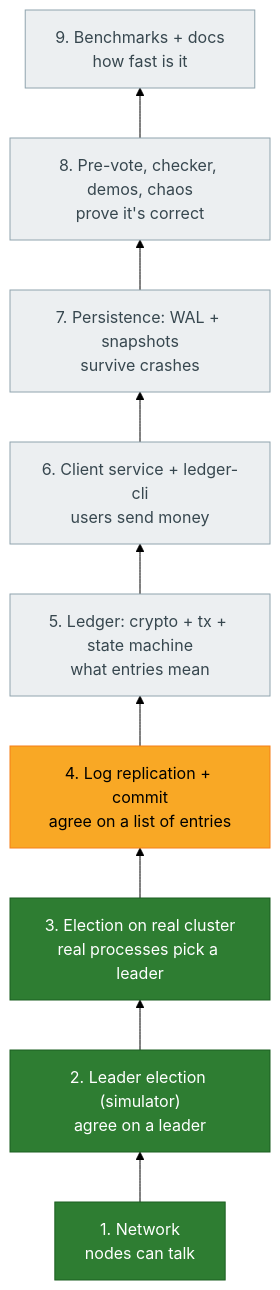
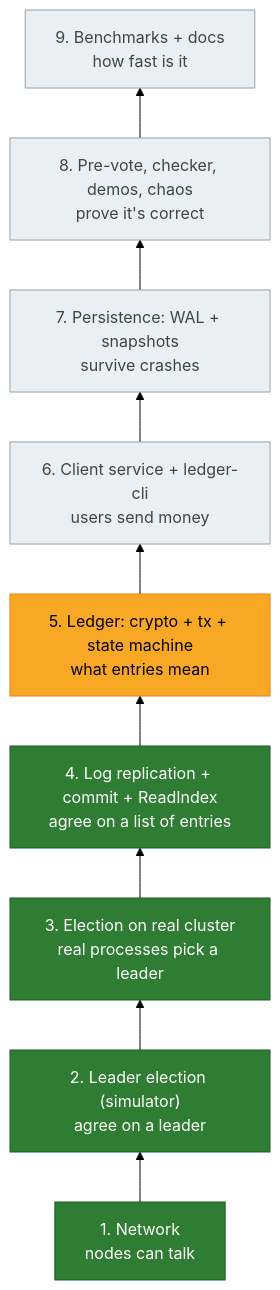
Before and after one commit to D1vyanshu1/QuorumPay: the second of 11 diagrams in progress.md, drawn with Mermaid (forest theme). The commit also changed other lines of this file and 21 other files, not shown here.

Commit message:
log replication , commite , readline index

````diff
--- a/progress.md
+++ b/progress.md
@@ -45,17 +45,17 @@
 ```mermaid
 flowchart BT
     S1["1. Network<br/>nodes can talk"]:::done
     S2["2. Leader election (simulator)<br/>agree on a leader"]:::done
     S3["3. Election on real cluster<br/>real processes pick a leader"]:::done
-    S4["4. Log replication + commit<br/>agree on a list of entries"]:::next
-    S5["5. Ledger: crypto + tx + state machine<br/>what entries mean"]:::todo
+    S4["4. Log replication + commit + ReadIndex<br/>agree on a list of entries"]:::done
+    S5["5. Ledger: crypto + tx + state machine<br/>what entries mean"]:::next
     S6["6. Client service + ledger-cli<br/>users send money"]:::todo
     S7["7. Persistence: WAL + snapshots<br/>survive crashes"]:::todo
     S8["8. Pre-vote, checker, demos, chaos<br/>prove it's correct"]:::todo
     S9["9. Benchmarks + docs<br/>how fast is it"]:::todo
     S1 --> S2 --> S3 --> S4 --> S5 --> S6 --> S7 --> S8 --> S9
 
     classDef done fill:#2e7d32,color:#fff,stroke:#1b5e20
     classDef next fill:#f9a825,color:#000,stroke:#f57f17
     classDef todo fill:#eceff1,color:#37474f,stroke:#90a4ae
 ```
````
